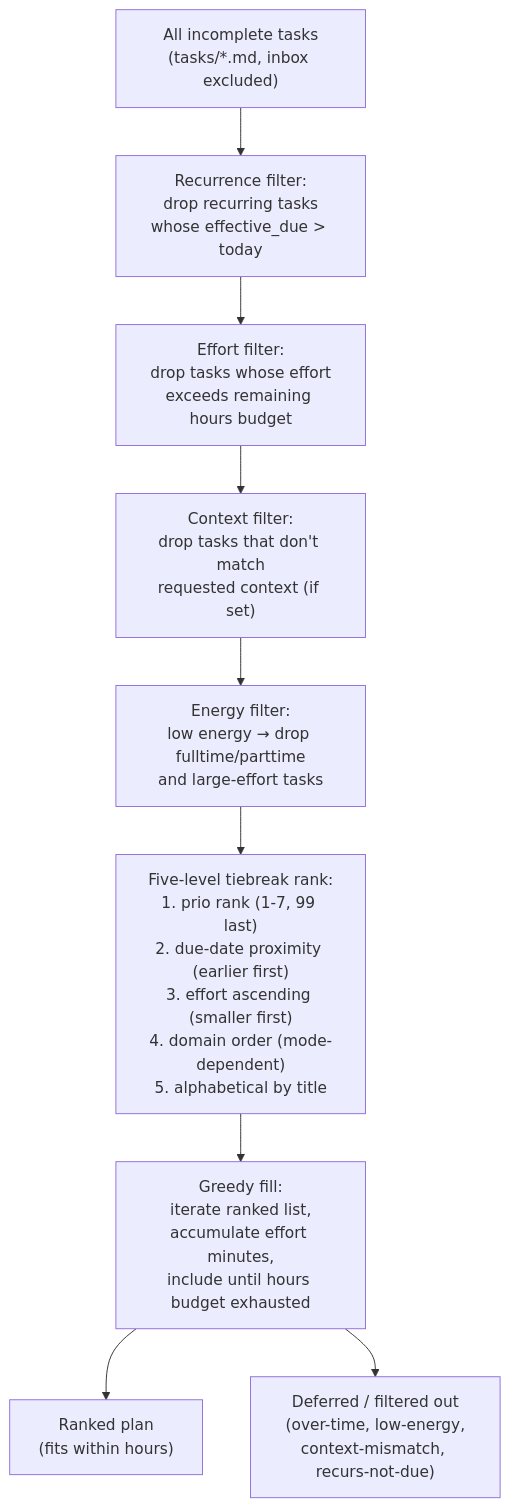
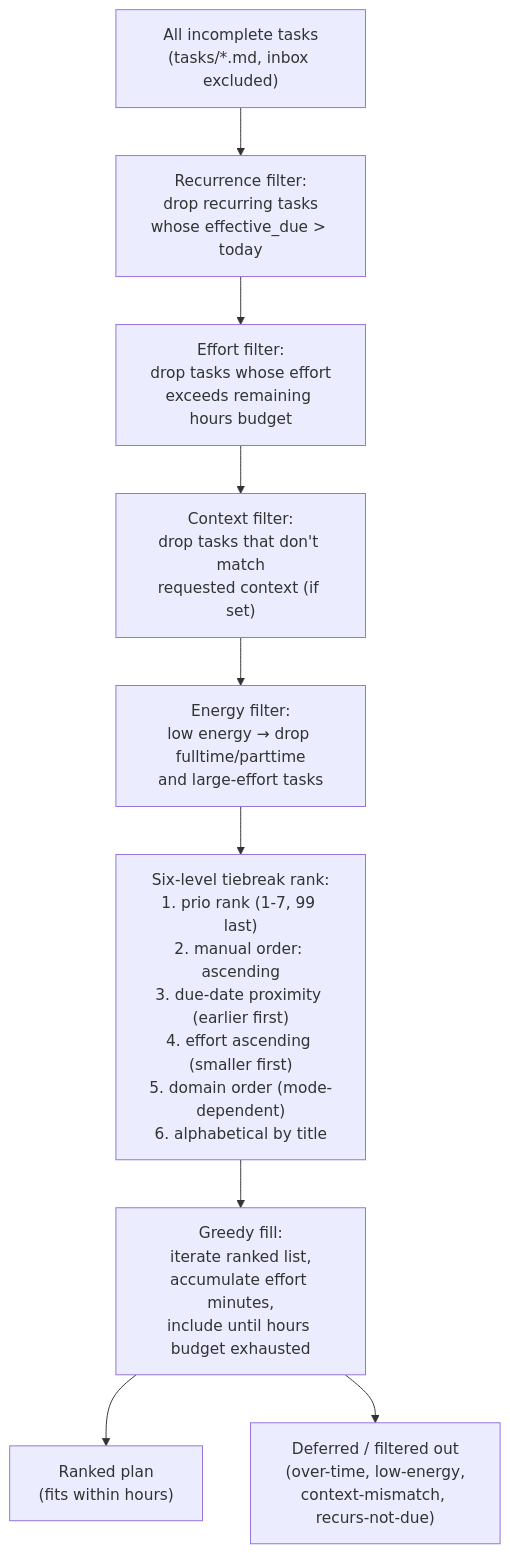
One commit to josix/agentic-gtd changed the diagram in docs/concepts/ranking.md. Above: the diagram before and after it, drawn with Mermaid. The commit also changed other lines of this file and 13 other files, not shown here.

First line of the commit message:
Sync docs with extensible domains and six-key tiebreak chain

````diff
--- a/docs/concepts/ranking.md
+++ b/docs/concepts/ranking.md
@@ -15,11 +15,11 @@
 ```mermaid
 flowchart TD
     A["All incomplete tasks\n(tasks/*.md, inbox excluded)"] --> R0["Recurrence filter:\ndrop recurring tasks\nwhose effective_due > today"]
     R0 --> R1["Effort filter:\ndrop tasks whose effort\nexceeds remaining hours budget"]
     R1 --> R2["Context filter:\ndrop tasks that don't match\nrequested context (if set)"]
     R2 --> R3["Energy filter:\nlow energy → drop fulltime/parttime\nand large-effort tasks"]
-    R3 --> RANK["Five-level tiebreak rank:\n1. prio rank (1-7, 99 last)\n2. due-date proximity (earlier first)\n3. effort ascending (smaller first)\n4. domain order (mode-dependent)\n5. alphabetical by title"]
+    R3 --> RANK["Six-level tiebreak rank:\n1. prio rank (1-7, 99 last)\n2. manual order: ascending\n3. due-date proximity (earlier first)\n4. effort ascending (smaller first)\n5. domain order (mode-dependent)\n6. alphabetical by title"]
     RANK --> FILL["Greedy fill:\niterate ranked list,\naccumulate effort minutes,\ninclude until hours budget exhausted"]
     FILL --> OUT1["Ranked plan\n(fits within hours)"]
     FILL --> OUT2["Deferred / filtered out\n(over-time, low-energy,\ncontext-mismatch, recurs-not-due)"]
 ```
````
